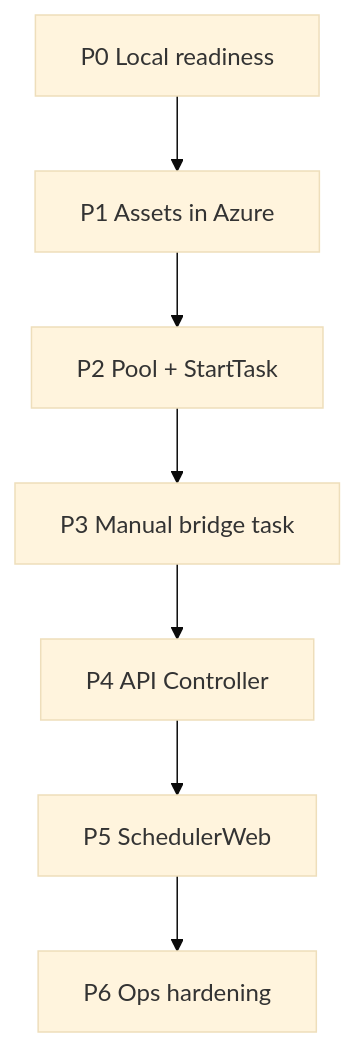
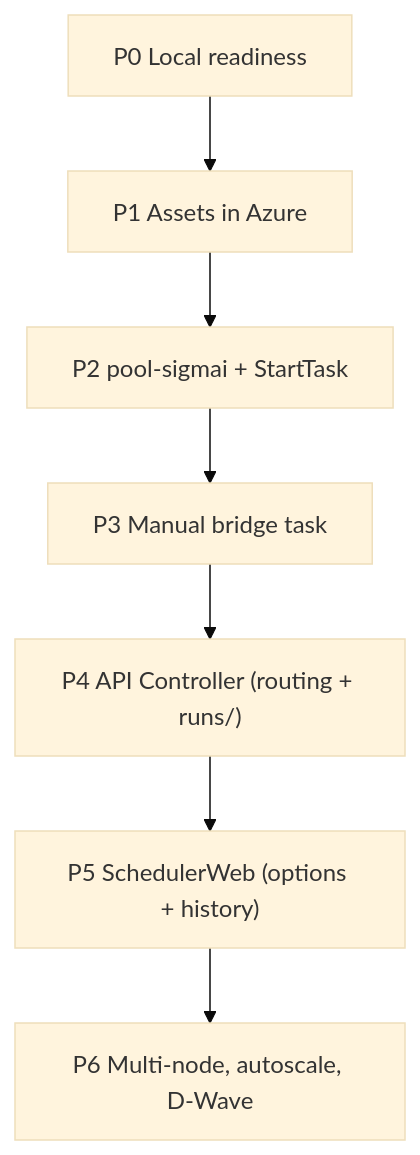
Before and after one commit to WhiTeXCharGe/TF_Testing: the tenth of 10 diagrams in SigmaI/SigmaI_Azure_DetailedDesign20261013.md, drawn with Mermaid (base theme). The commit also changed other lines of this file and 2 other files, not shown here.

````diff
--- a/SigmaI/SigmaI_Azure_DetailedDesign20261013.md
+++ b/SigmaI/SigmaI_Azure_DetailedDesign20261013.md
@@ -543,4 +818,4 @@
 ```mermaid
 flowchart TD
-    P0["P0 Local readiness"] --> P1["P1 Assets in Azure"] --> P2["P2 Pool + StartTask"] --> P3["P3 Manual bridge task"] --> P4["P4 API Controller"] --> P5["P5 SchedulerWeb"] --> P6["P6 Ops hardening"]
+    P0["P0 Local readiness"] --> P1["P1 Assets in Azure"] --> P2["P2 pool-sigmai + StartTask"] --> P3["P3 Manual bridge task"] --> P4["P4 API Controller (routing + runs/)"] --> P5["P5 SchedulerWeb (options + history)"] --> P6["P6 Multi-node, autoscale, D-Wave"]
 ```
````
